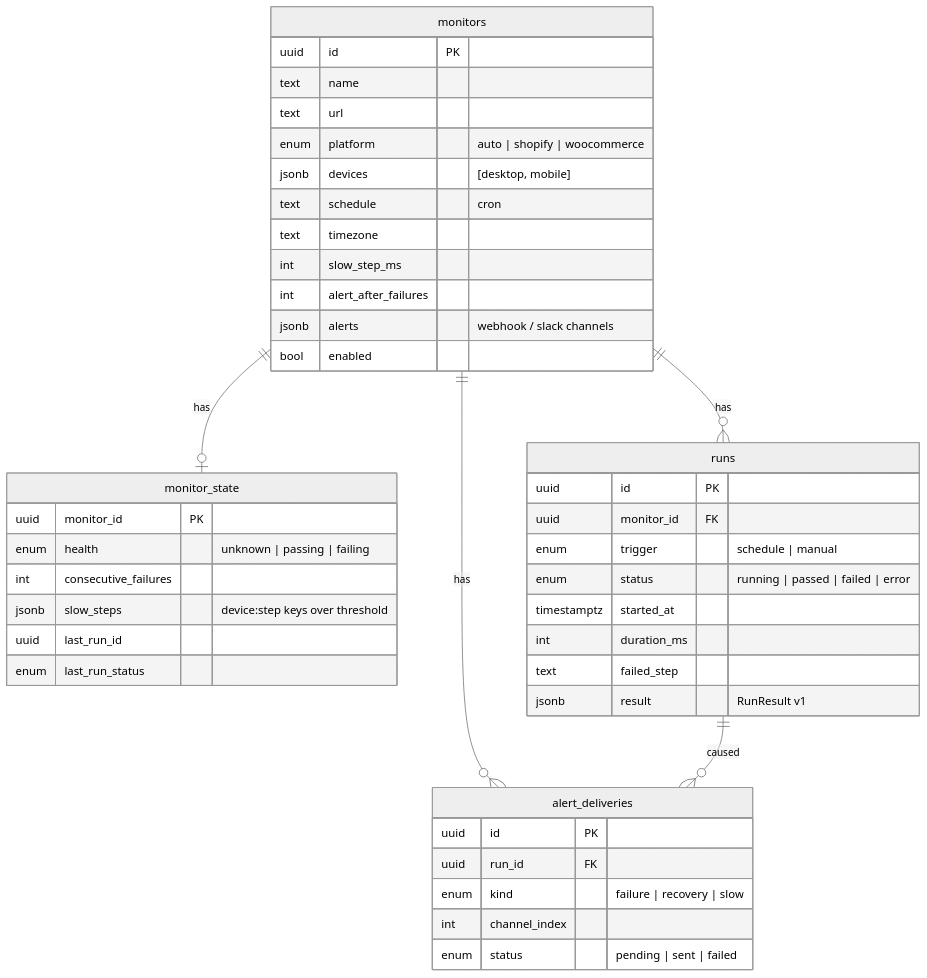
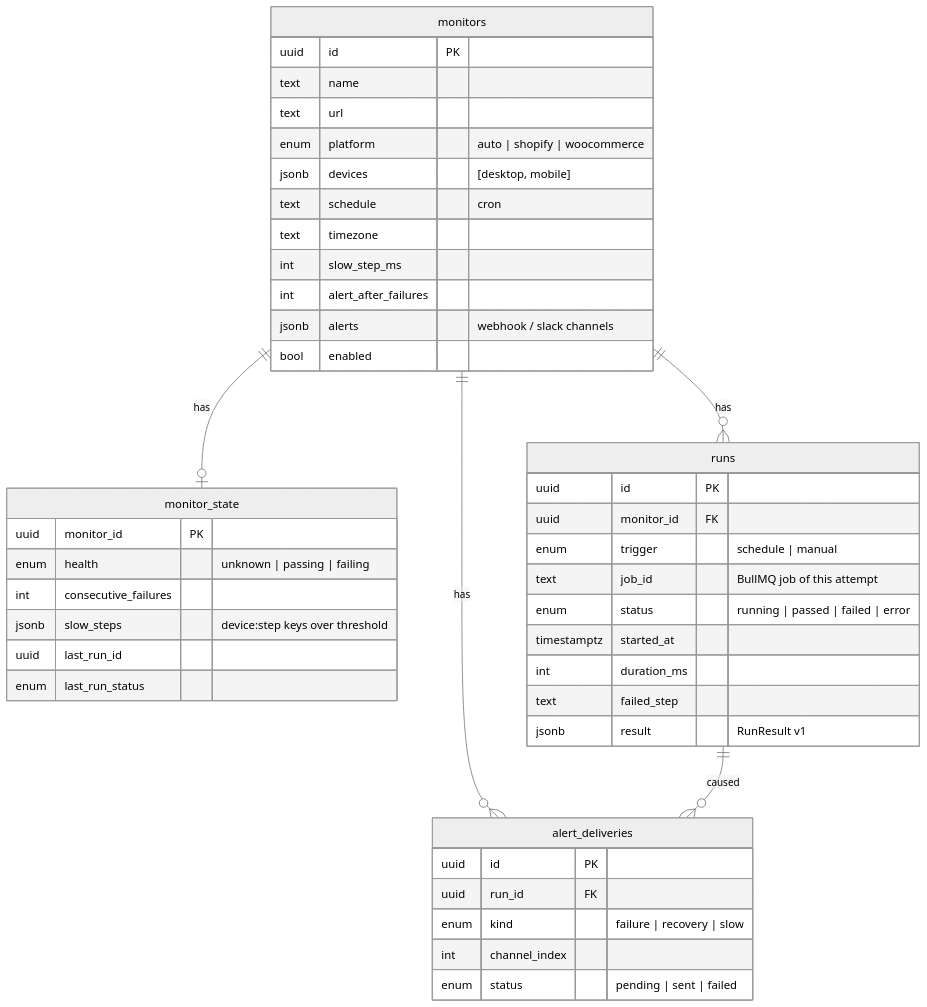
Before and after one commit to tahmidbintaslim/checkout-sentinel: the second of 5 diagrams in docs/ARCHITECTURE.md, drawn with Mermaid (neutral theme). The commit also changed other lines of this file and 10 other files, not shown here.

````diff
--- a/docs/ARCHITECTURE.md
+++ b/docs/ARCHITECTURE.md
@@ -47,46 +47,47 @@
 ```mermaid
 erDiagram
   monitors ||--o| monitor_state : "has"
   monitors ||--o{ runs : "has"
   monitors ||--o{ alert_deliveries : "has"
   runs ||--o{ alert_deliveries : "caused"
 
   monitors {
     uuid id PK
     text name
     text url
     enum platform "auto | shopify | woocommerce"
     jsonb devices "[desktop, mobile]"
     text schedule "cron"
     text timezone
     int slow_step_ms
     int alert_after_failures
     jsonb alerts "webhook / slack channels"
     bool enabled
   }
   runs {
     uuid id PK
     uuid monitor_id FK
     enum trigger "schedule | manual"
+    text job_id "BullMQ job of this attempt"
     enum status "running | passed | failed | error"
     timestamptz started_at
     int duration_ms
     text failed_step
     jsonb result "RunResult v1"
   }
   monitor_state {
     uuid monitor_id PK
     enum health "unknown | passing | failing"
     int consecutive_failures
     jsonb slow_steps "device:step keys over threshold"
     uuid last_run_id
     enum last_run_status
   }
   alert_deliveries {
     uuid id PK
     uuid run_id FK
     enum kind "failure | recovery | slow"
     int channel_index
     enum status "pending | sent | failed"
   }
 ```
````
